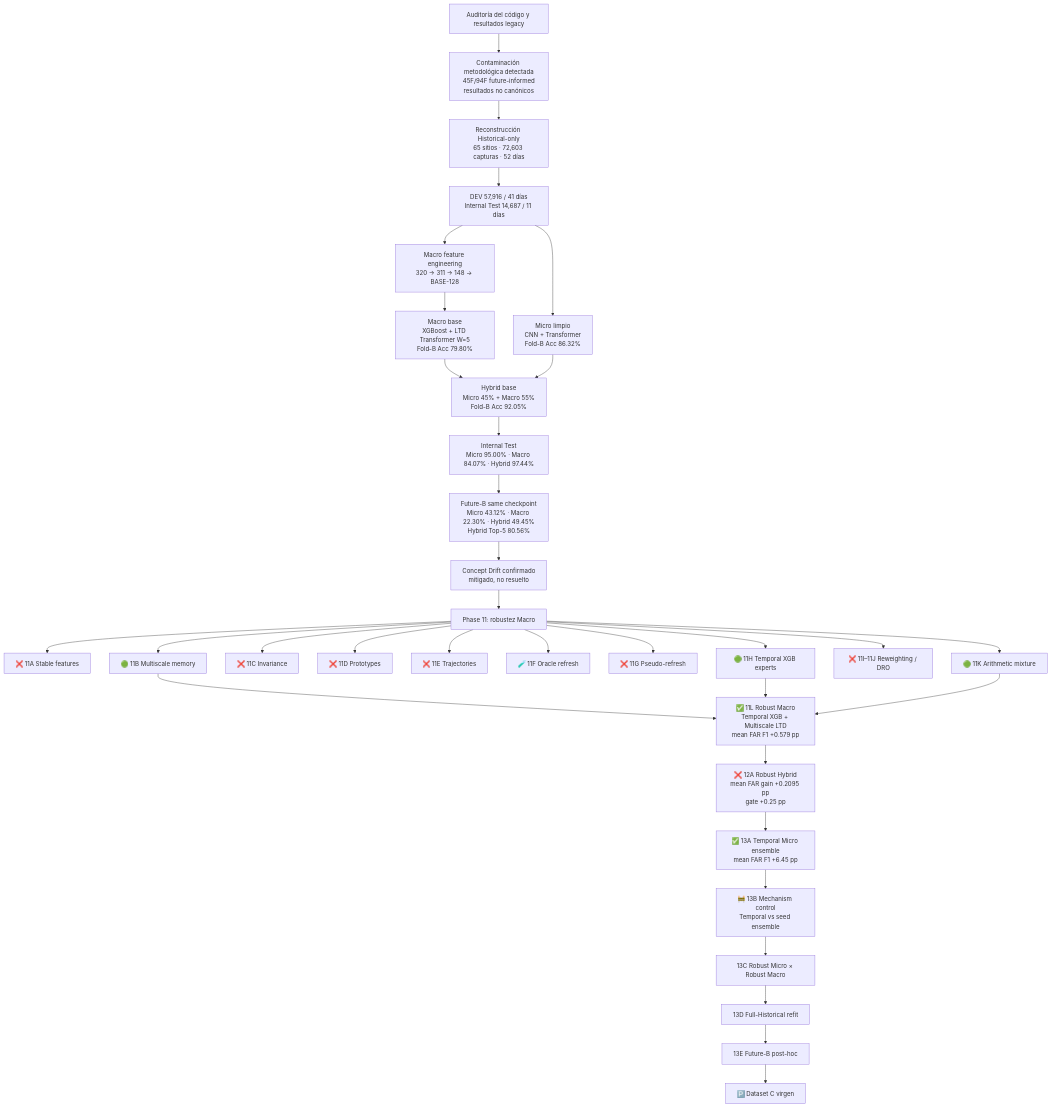
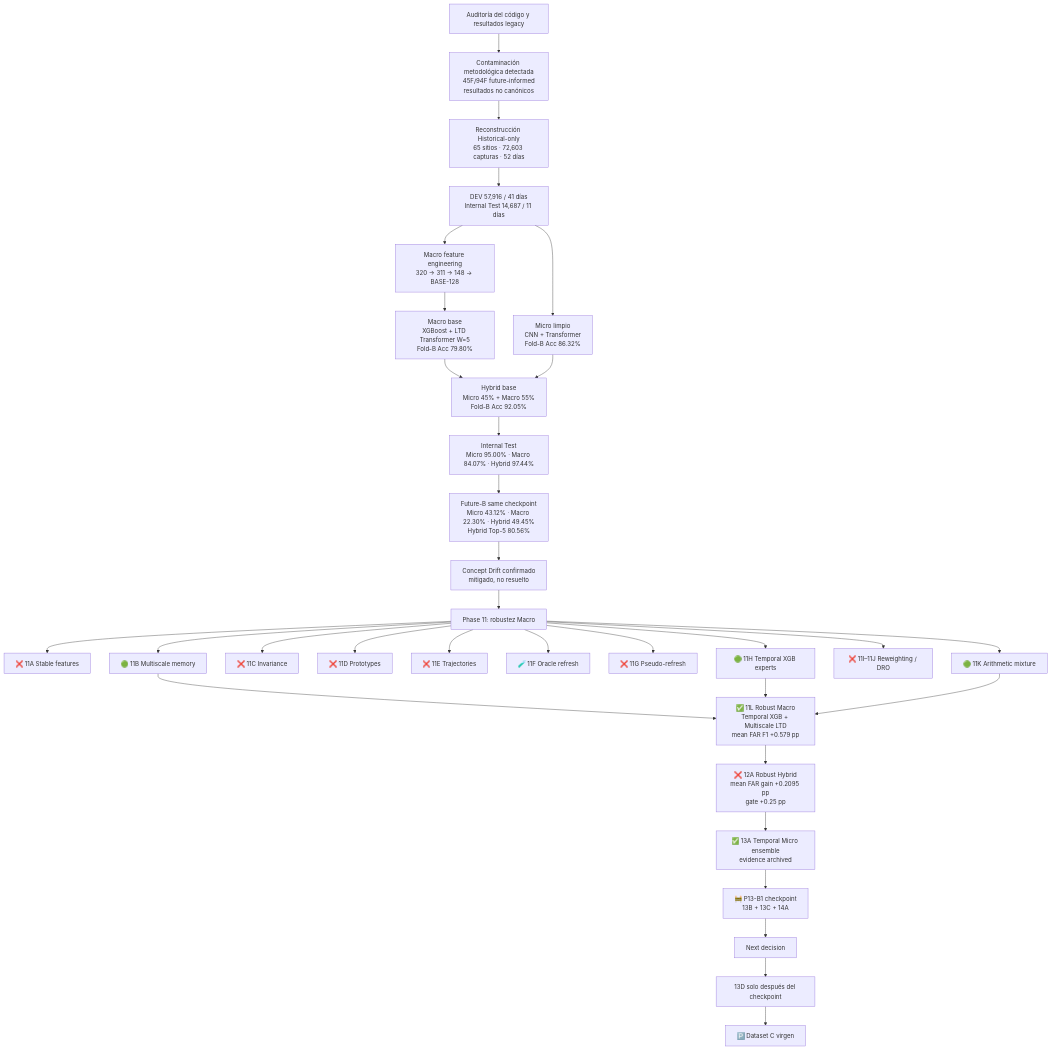
Before and after one commit to a52290451/ltd-attack: the diagram in docs/EXPERIMENT_MAP_EXEC.md, drawn with Mermaid. The commit also changed other lines of this file and 19 other files, not shown here.

````diff
--- a/docs/EXPERIMENT_MAP_EXEC.md
+++ b/docs/EXPERIMENT_MAP_EXEC.md
@@ -23,39 +23,38 @@
 ```mermaid
 flowchart TD
     A["Auditoría del código y resultados legacy"] --> B["Contaminación metodológica detectada<br/>45F/94F future-informed<br/>resultados no canónicos"]
     B --> C["Reconstrucción Historical-only<br/>65 sitios · 72,603 capturas · 52 días"]
     C --> D["DEV 57,916 / 41 días<br/>Internal Test 14,687 / 11 días"]
 
     D --> E["Macro feature engineering<br/>320 → 311 → 148 → BASE-128"]
     E --> F["Macro base<br/>XGBoost + LTD Transformer W=5<br/>Fold-B Acc 79.80%"]
     D --> G["Micro limpio<br/>CNN + Transformer<br/>Fold-B Acc 86.32%"]
     F --> H["Hybrid base<br/>Micro 45% + Macro 55%<br/>Fold-B Acc 92.05%"]
     G --> H
 
     H --> I["Internal Test<br/>Micro 95.00% · Macro 84.07% · Hybrid 97.44%"]
     I --> J["Future-B same checkpoint<br/>Micro 43.12% · Macro 22.30% · Hybrid 49.45%<br/>Hybrid Top-5 80.56%"]
     J --> K["Concept Drift confirmado<br/>mitigado, no resuelto"]
 
     K --> L["Phase 11: robustez Macro"]
     L --> L1["❌ 11A Stable features"]
     L --> L2["🟢 11B Multiscale memory"]
     L --> L3["❌ 11C Invariance"]
     L --> L4["❌ 11D Prototypes"]
     L --> L5["❌ 11E Trajectories"]
     L --> L6["🧪 11F Oracle refresh"]
     L --> L7["❌ 11G Pseudo-refresh"]
     L --> L8["🟢 11H Temporal XGB experts"]
     L --> L9["❌ 11I–11J Reweighting / DRO"]
     L --> L10["🟢 11K Arithmetic mixture"]
     L2 --> M["✅ 11L Robust Macro<br/>Temporal XGB + Multiscale LTD<br/>mean FAR F1 +0.579 pp"]
     L8 --> M
     L10 --> M
 
     M --> N["❌ 12A Robust Hybrid<br/>mean FAR gain +0.2095 pp<br/>gate +0.25 pp"]
-    N --> O["✅ 13A Temporal Micro ensemble<br/>mean FAR F1 +6.45 pp"]
-    O --> P["🚧 13B Mechanism control<br/>Temporal vs seed ensemble"]
-    P --> Q["13C Robust Micro × Robust Macro"]
-    Q --> R["13D Full-Historical refit"]
-    R --> S["13E Future-B post-hoc"]
-    S --> T["🅿️ Dataset C virgen"]
+    N --> O["✅ 13A Temporal Micro ensemble<br/>evidence archived"]
+    O --> P["🚧 P13-B1 checkpoint<br/>13B + 13C + 14A"]
+    P --> Q["Next decision"]
+    Q --> R["13D solo después del checkpoint"]
+    R --> S["🅿️ Dataset C virgen"]
 ```
````
